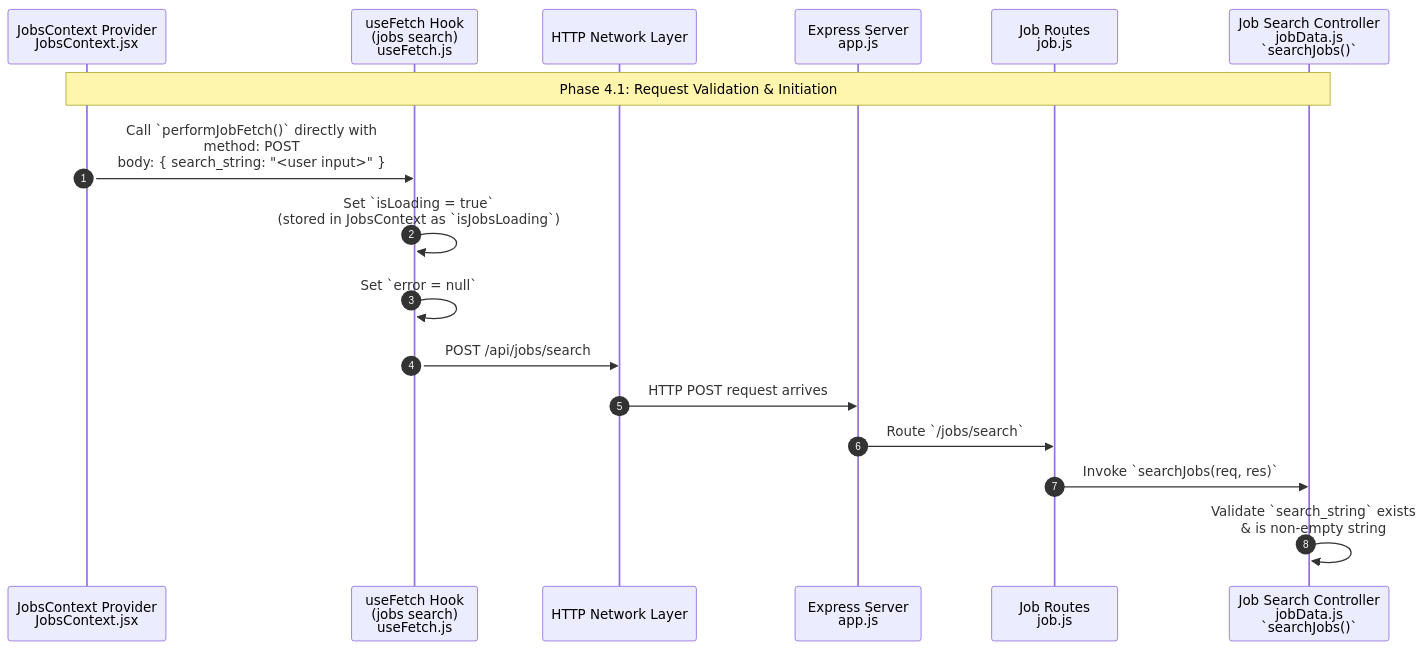
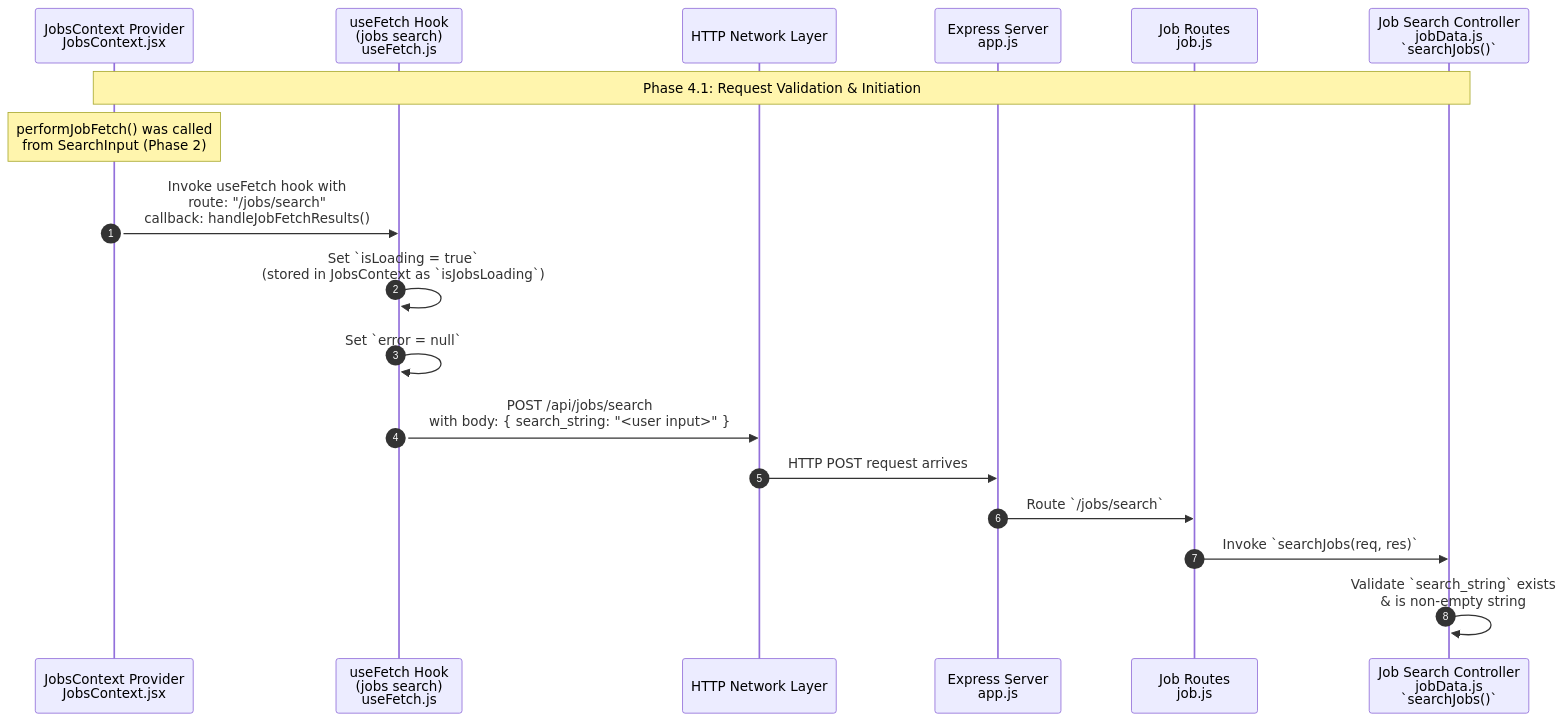
The diagram in documentation/jobFetch/4.1.Request Validation & Initiation.md (YahyaAl-Ademi/2025.10.23-JobCompass), drawn with Mermaid before and after one commit. The commit also changed 3 other files, not shown here.

Commit message:
Update documentation for job fetching process: clarify performJobFetch initiation and enhance search processing details

````diff
--- a/documentation/jobFetch/4.1.Request Validation & Initiation.md
+++ b/documentation/jobFetch/4.1.Request Validation & Initiation.md
@@ -8,33 +8,34 @@
 ```mermaid
 sequenceDiagram
     autonumber
     %% File paths:
     %% JobsContext: client/src/context/JobsContext.jsx
     %% useFetch: client/src/hooks/useFetch.js
     %% ExpressApp: server/src/app.js
     %% JobRouter: server/src/routes/job.js
     %% JobController: server/src/controllers/jobData.js
     participant JobsContext as JobsContext Provider<br/>JobsContext.jsx
     participant useFetch_1 as useFetch Hook<br/>(jobs search)<br/>useFetch.js
     participant FrontendNetwork as HTTP Network Layer
     participant ExpressApp as Express Server<br/>app.js
     participant JobRouter as Job Routes<br/>job.js
     participant JobController as Job Search Controller<br/>jobData.js<br/>`searchJobs()`
 
     Note over JobsContext,JobController: Phase 4.1: Request Validation & Initiation
+    Note over JobsContext: performJobFetch() was called<br/>from SearchInput (Phase 2)
     activate JobsContext
-    JobsContext->>useFetch_1: Call `performJobFetch()` directly with<br/>method: POST<br/>body: { search_string: "<user input>" }
+    JobsContext->>useFetch_1: Invoke useFetch hook with<br/>route: "/jobs/search"<br/>callback: handleJobFetchResults()
 
     activate useFetch_1
     useFetch_1->>useFetch_1: Set `isLoading = true`<br/>(stored in JobsContext as `isJobsLoading`)
     useFetch_1->>useFetch_1: Set `error = null`
-    useFetch_1->>FrontendNetwork: POST /api/jobs/search
+    useFetch_1->>FrontendNetwork: POST /api/jobs/search<br/>with body: { search_string: "<user input>" }
 
     FrontendNetwork->>ExpressApp: HTTP POST request arrives
     ExpressApp->>JobRouter: Route `/jobs/search`
 
     JobRouter->>JobController: Invoke `searchJobs(req, res)`
 
     activate JobController
     JobController->>JobController: Validate `search_string` exists<br/>& is non-empty string
 ```
````
